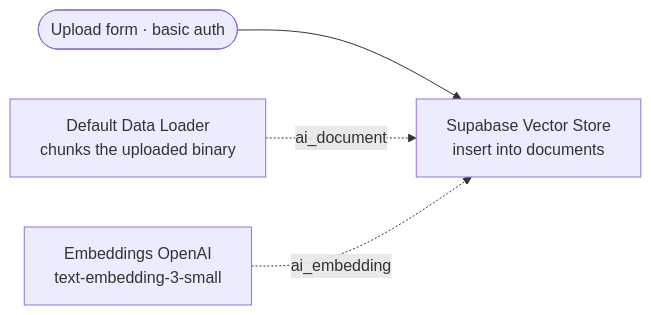
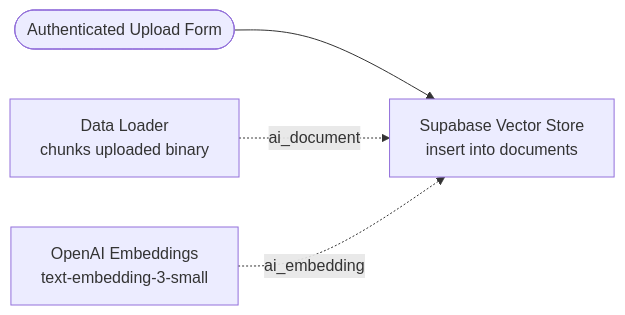
Before and after one commit to 25hour-io/ai-systems: the diagram in voice-knowledge-agent/README.md, drawn with Mermaid. The commit also changed other lines of this file, not shown here.

````diff
--- a/voice-knowledge-agent/README.md
+++ b/voice-knowledge-agent/README.md
@@ -95,6 +47,6 @@
 ```mermaid
 flowchart LR
-    F(["Upload form · basic auth"]) --> VS["Supabase Vector Store<br/>insert into documents"]
-    DL["Default Data Loader<br/>chunks the uploaded binary"] -. ai_document .-> VS
-    EM["Embeddings OpenAI<br/>text-embedding-3-small"] -. ai_embedding .-> VS
+    F(["Authenticated Upload Form"]) --> VS["Supabase Vector Store<br/>insert into documents"]
+    DL["Data Loader<br/>chunks uploaded binary"] -. ai_document .-> VS
+    EM["OpenAI Embeddings<br/>text-embedding-3-small"] -. ai_embedding .-> VS
 ```
````
